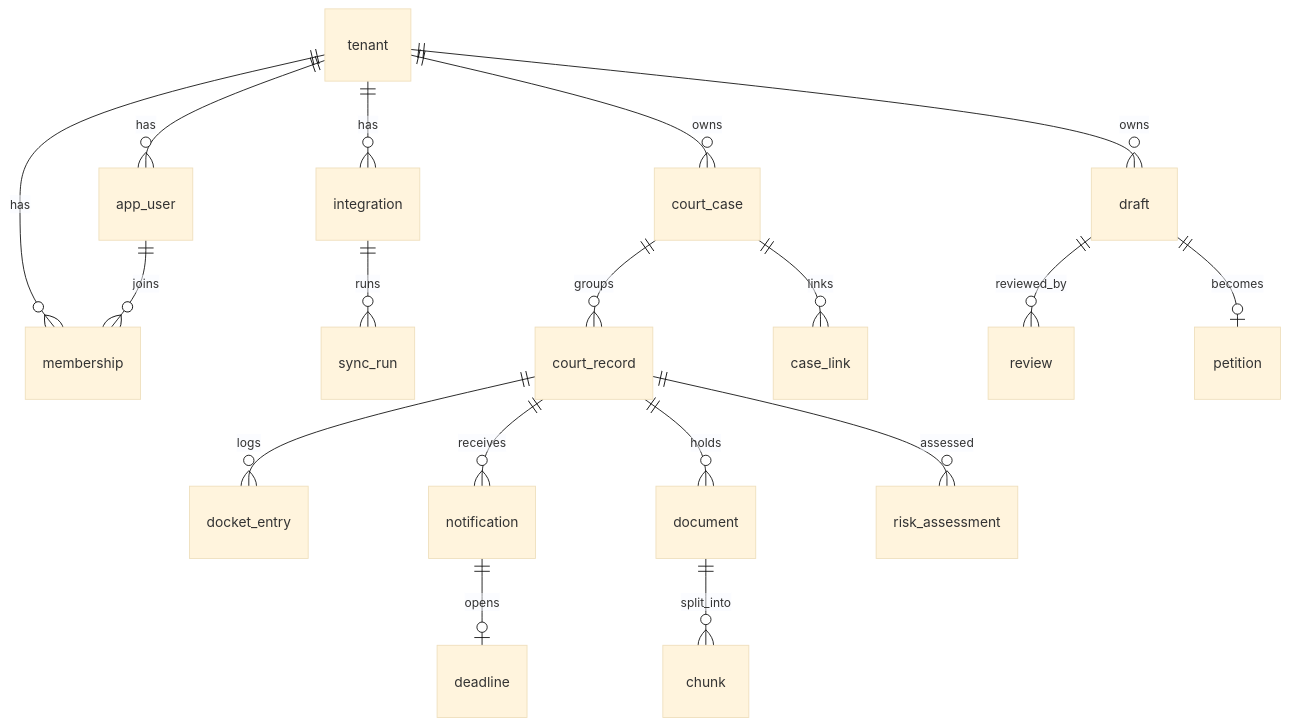
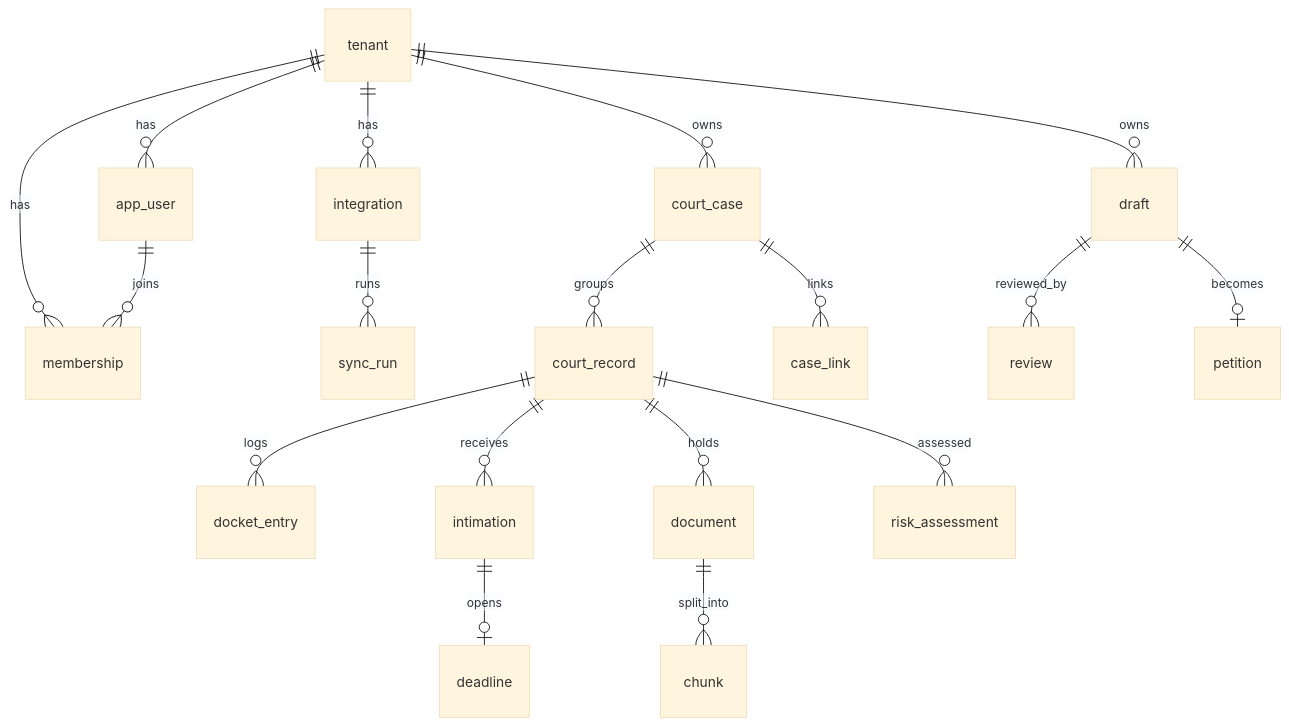
One commit to carluz-teles/jus-assessoria-automatizada-be changed the diagram in docs/erd-modelo-de-dados.md. Above: the diagram before and after it, drawn with Mermaid (base theme). The commit also changed other lines of this file and 16 other files, not shown here.

````diff
--- a/docs/erd-modelo-de-dados.md
+++ b/docs/erd-modelo-de-dados.md
@@ -48,20 +48,20 @@
 ```mermaid
 erDiagram
     tenant       ||--o{ integration : has
     tenant       ||--o{ app_user : has
     tenant       ||--o{ membership : has
     app_user     ||--o{ membership : joins
     integration  ||--o{ sync_run : runs
     tenant       ||--o{ court_case : owns
     court_case   ||--o{ court_record : groups
     court_record ||--o{ docket_entry : logs
-    court_record ||--o{ notification : receives
-    notification ||--o| deadline : opens
+    court_record ||--o{ intimation : receives
+    intimation ||--o| deadline : opens
     court_record ||--o{ document : holds
     document     ||--o{ chunk : split_into
     court_case   ||--o{ case_link : links
     tenant       ||--o{ draft : owns
     draft        ||--o{ review : reviewed_by
     draft        ||--o| petition : becomes
     court_record ||--o{ risk_assessment : assessed
 ```
````
